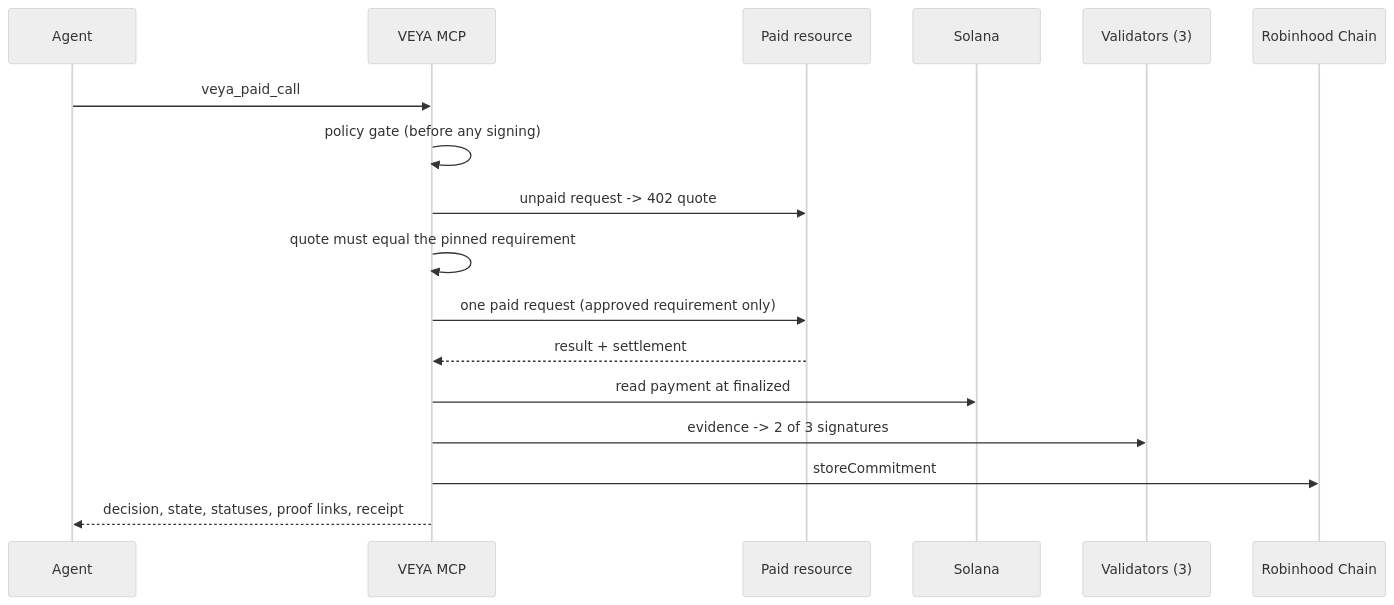
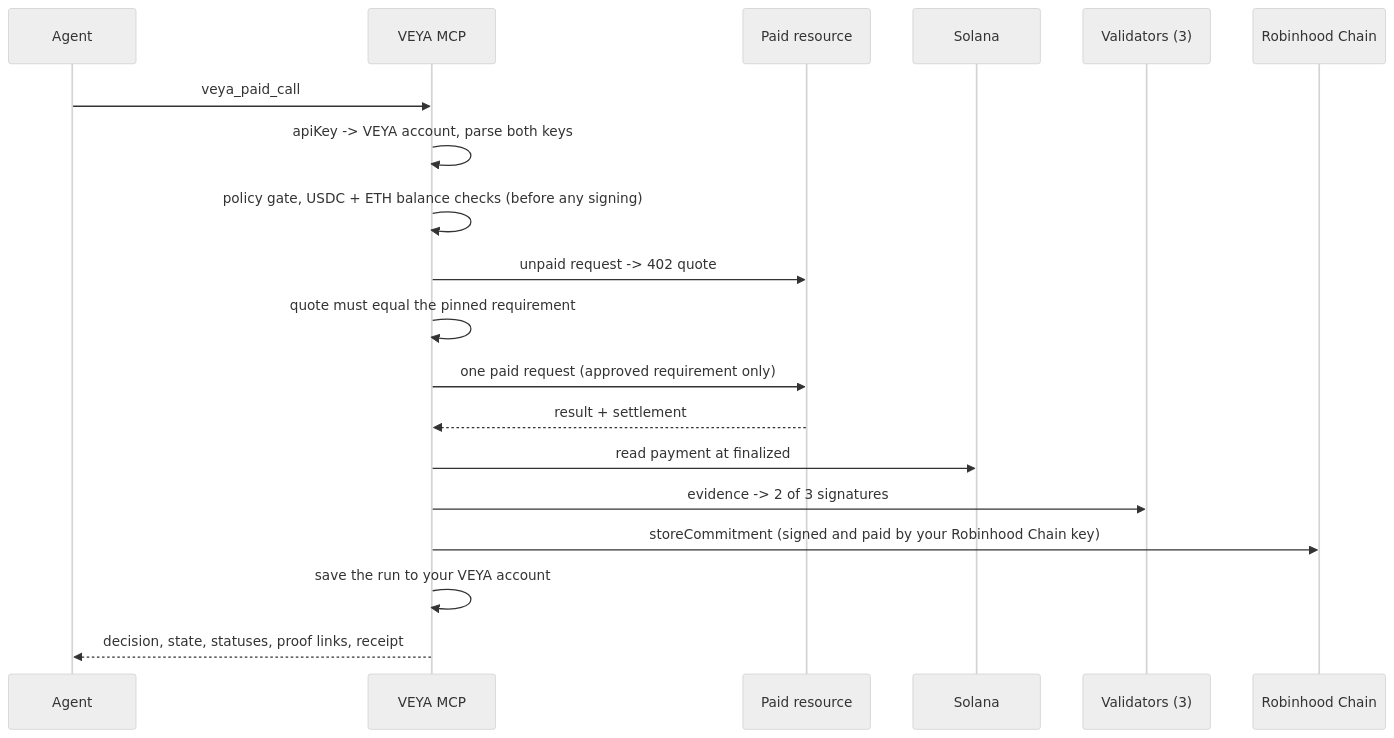
The diagram in docs/PAID_CALLS.md (veyanet/veya-mcp), drawn with Mermaid (neutral theme) before and after one commit. The commit also changed other lines of this file, not shown here.

Commit message:
docs: rewrite paid calls guide for account mode

````diff
--- a/docs/PAID_CALLS.md
+++ b/docs/PAID_CALLS.md
@@ -44,19 +55,21 @@
 ```mermaid
 sequenceDiagram
   participant A as Agent
   participant M as VEYA MCP
   participant R as Paid resource
   participant S as Solana
   participant V as Validators (3)
   participant H as Robinhood Chain
   A->>M: veya_paid_call
-  M->>M: policy gate (before any signing)
+  M->>M: apiKey -> VEYA account, parse both keys
+  M->>M: policy gate, USDC + ETH balance checks (before any signing)
   M->>R: unpaid request -> 402 quote
   M->>M: quote must equal the pinned requirement
   M->>R: one paid request (approved requirement only)
   R-->>M: result + settlement
   M->>S: read payment at finalized
   M->>V: evidence -> 2 of 3 signatures
-  M->>H: storeCommitment
+  M->>H: storeCommitment (signed and paid by your Robinhood Chain key)
+  M->>M: save the run to your VEYA account
   M-->>A: decision, state, statuses, proof links, receipt
 ```
````
